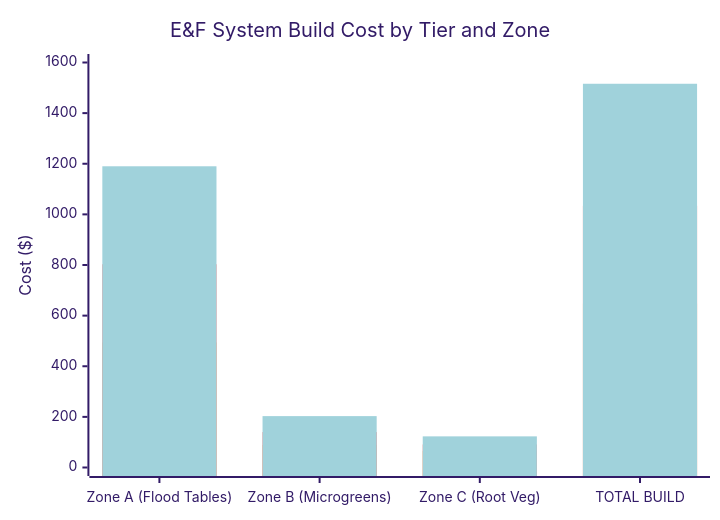
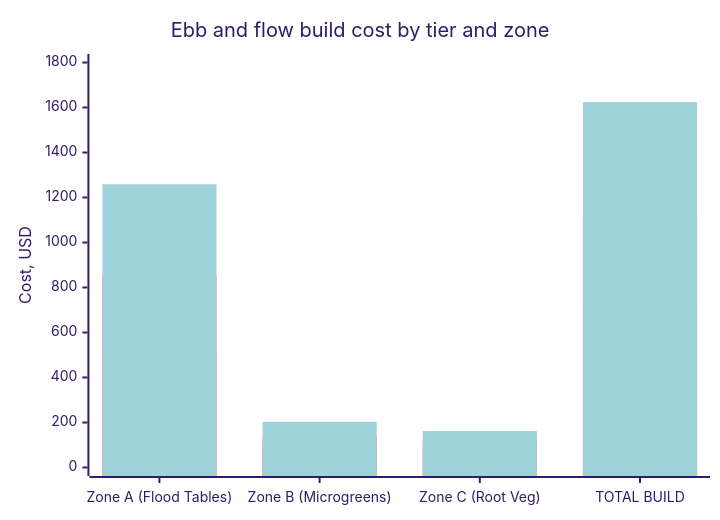
The third of 3 diagrams in guide/ebb-and-flow/12-budget-and-sourcing.md (UncleJS/guide_hydroponics), drawn with Mermaid (forest theme) before and after one commit. The commit also changed other lines of this file and 35 other files, not shown here.

````diff
--- a/guide/ebb-and-flow/12-budget-and-sourcing.md
+++ b/guide/ebb-and-flow/12-budget-and-sourcing.md
@@ -879,9 +838,9 @@
 ```mermaid
 xychart-beta
-    title "E&F System Build Cost by Tier and Zone"
+    title "Ebb and flow build cost by tier and zone"
     x-axis ["Zone A (Flood Tables)", "Zone B (Microgreens)", "Zone C (Root Veg)", "TOTAL BUILD"]
-    y-axis "Cost ($)" 0 --> 1600
-    bar [494, 89, 65, 648]
-    bar [803, 140, 91, 1034]
-    bar [1190, 203, 123, 1516]
+    y-axis "Cost, USD" 0 --> 1800
+    bar [528, 89, 94, 711]
+    bar [852, 140, 123, 1115]
+    bar [1259, 203, 162, 1624]
 ```
````
